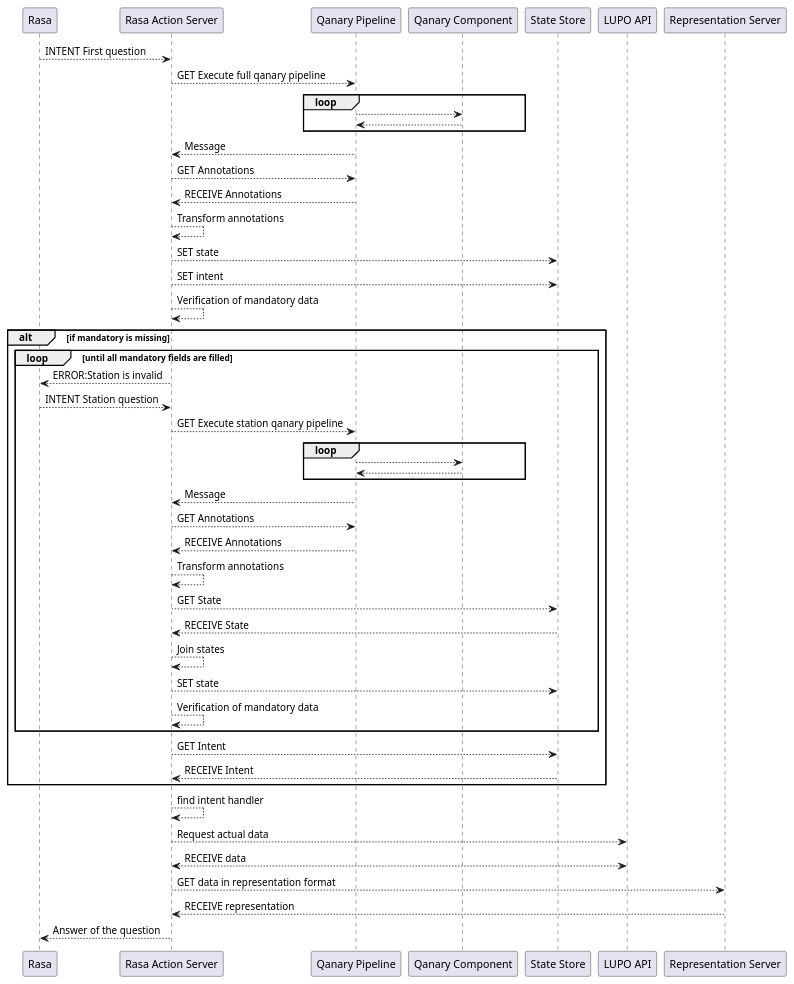
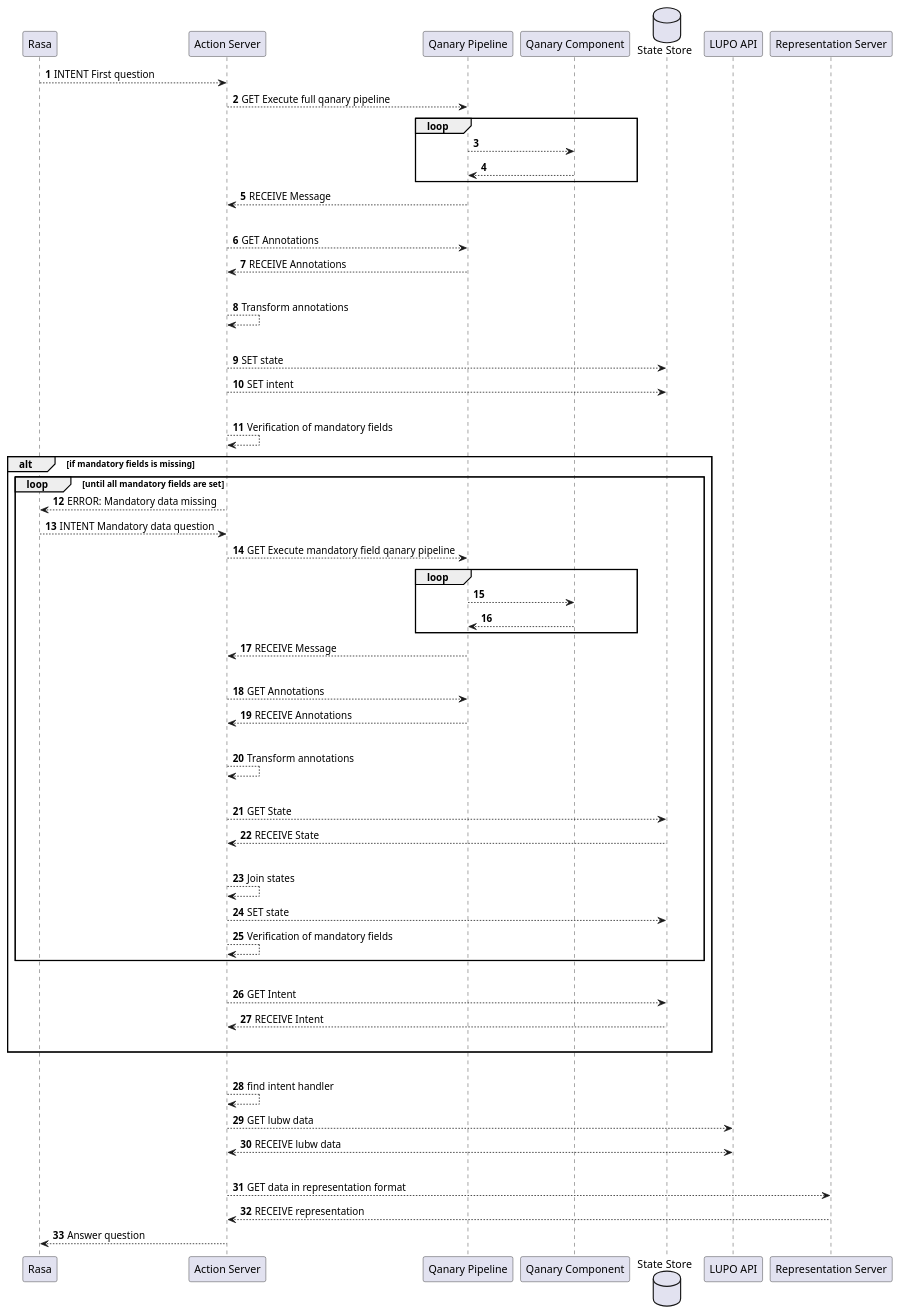
The diagram in docs/diagrams/Architecture Verification Of Mandatory Data.puml (fredericbahr/quatsch-project-22), drawn with PlantUML before and after one commit.

Commit message:
docs: polish architecture of verification

```diff
--- a/docs/diagrams/Architecture Verification Of Mandatory Data.puml
+++ b/docs/diagrams/Architecture Verification Of Mandatory Data.puml
@@ -1,65 +1,85 @@
 @startuml
 
-"Rasa" --> "Rasa Action Server" : INTENT First question
-"Rasa Action Server" --> "Qanary Pipeline" : GET Execute full qanary pipeline
+autonumber
+skinparam BoxPadding 15
+
+"Rasa" --> "Action Server" : INTENT First question
+"Action Server" --> "Qanary Pipeline" : GET Execute full qanary pipeline
 
 loop
 "Qanary Pipeline" --> "Qanary Component"
 "Qanary Pipeline" <-- "Qanary Component"
 end
 
 
-"Rasa Action Server" <-- "Qanary Pipeline" : Message
-"Rasa Action Server" --> "Qanary Pipeline" : GET Annotations
-"Rasa Action Server" <-- "Qanary Pipeline" : RECEIVE Annotations
-"Rasa Action Server" --> "Rasa Action Server" : Transform annotations
+"Action Server" <-- "Qanary Pipeline" : RECEIVE Message
 
-"Rasa Action Server" --> "State Store" : SET state
-"Rasa Action Server" --> "State Store" : SET intent
+|||
+"Action Server" --> "Qanary Pipeline" : GET Annotations
+"Action Server" <-- "Qanary Pipeline" : RECEIVE Annotations
+|||
 
-"Rasa Action Server" --> "Rasa Action Server": Verification of mandatory data
+"Action Server" --> "Action Server" : Transform annotations
 
-alt if mandatory is missing
-loop until all mandatory fields are filled
-"Rasa" <-- "Rasa Action Server" : ERROR:Station is invalid
-"Rasa" --> "Rasa Action Server" : INTENT Station question
+|||
+database "State Store"
+"Action Server" --> "State Store" : SET state
+"Action Server" --> "State Store" : SET intent
+|||
 
-"Rasa Action Server" --> "Qanary Pipeline": GET Execute station qanary pipeline
+"Action Server" --> "Action Server": Verification of mandatory fields
+
+alt if mandatory fields is missing
+
+loop until all mandatory fields are set
+
+"Rasa" <-- "Action Server" : ERROR: Mandatory data missing
+"Rasa" --> "Action Server" : INTENT Mandatory data question
+
+"Action Server" --> "Qanary Pipeline": GET Execute mandatory field qanary pipeline
 
 loop
 "Qanary Pipeline" --> "Qanary Component"
 "Qanary Pipeline" <-- "Qanary Component"
 end
 
-"Rasa Action Server" <-- "Qanary Pipeline" : Message
-"Rasa Action Server" --> "Qanary Pipeline" : GET Annotations
-"Rasa Action Server" <-- "Qanary Pipeline" : RECEIVE Annotations
-"Rasa Action Server" --> "Rasa Action Server" : Transform annotations
+"Action Server" <-- "Qanary Pipeline" : RECEIVE Message
+ 
+|||
+"Action Server" --> "Qanary Pipeline" : GET Annotations
+"Action Server" <-- "Qanary Pipeline" : RECEIVE Annotations
+|||
 
+"Action Server" --> "Action Server" : Transform annotations
 
-"Rasa Action Server" --> "State Store" : GET State
-"Rasa Action Server" <-- "State Store" : RECEIVE State
+|||
+"Action Server" --> "State Store" : GET State
+"Action Server" <-- "State Store" : RECEIVE State
+|||
 
-"Rasa Action Server" --> "Rasa Action Server" : Join states
+"Action Server" --> "Action Server" : Join states
 
-"Rasa Action Server" --> "State Store" : SET state
+"Action Server" --> "State Store" : SET state
 
-"Rasa Action Server" --> "Rasa Action Server": Verification of mandatory data
+"Action Server" --> "Action Server": Verification of mandatory fields
 end
 
-"Rasa Action Server" --> "State Store" : GET Intent
-"Rasa Action Server" <-- "State Store" : RECEIVE Intent
+|||
+"Action Server" --> "State Store" : GET Intent
+"Action Server" <-- "State Store" : RECEIVE Intent
+|||
+end
 
-end
-"Rasa Action Server" --> "Rasa Action Server" : find intent handler
+|||
+"Action Server" --> "Action Server" : find intent handler
 
-"Rasa Action Server" --> "LUPO API" : Request actual data
-"Rasa Action Server" <--> "LUPO API" : RECEIVE data
+"Action Server" --> "LUPO API" : GET lubw data
+"Action Server" <--> "LUPO API" : RECEIVE lubw data
 
-"Rasa Action Server" --> "Representation Server" : GET data in representation format
-"Rasa Action Server" <-- "Representation Server" : RECEIVE representation
+|||
+"Action Server" --> "Representation Server" : GET data in representation format
+"Action Server" <-- "Representation Server" : RECEIVE representation
 
-"Rasa" <-- "Rasa Action Server" : Answer of the question
-
+"Rasa" <-- "Action Server" : Answer question
 
 @enduml
```
